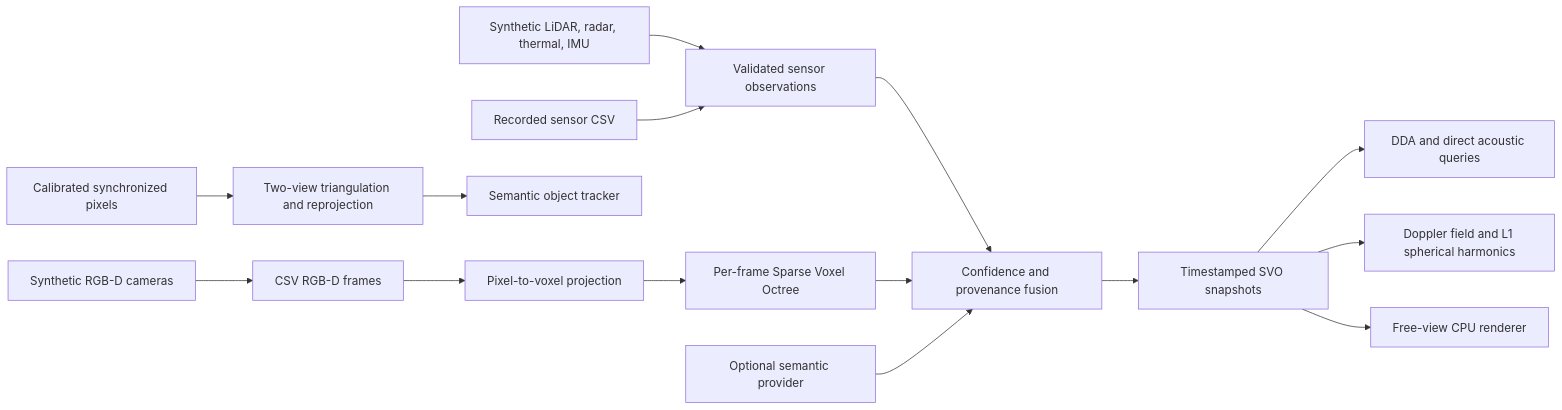
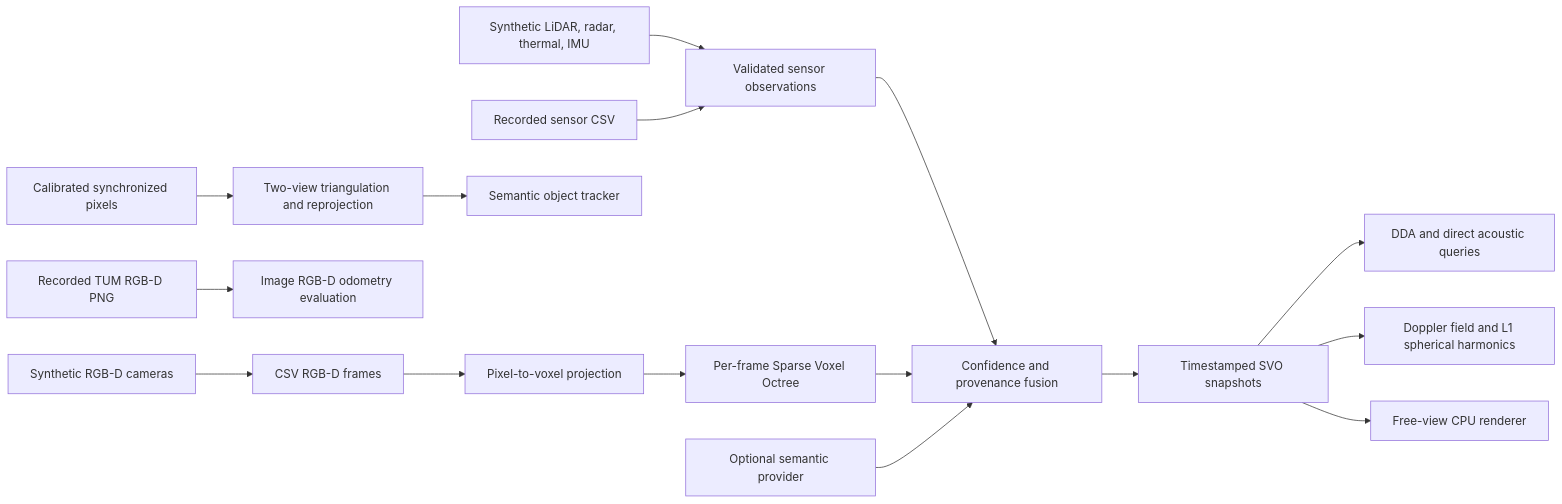
Before and after one commit to gusinistro/voxel4d: the diagram in README.md, drawn with Mermaid. The commit also changed other lines of this file and 14 other files, not shown here.

Commit message:
feat: validate RGB-D odometry on TUM dataset

````diff
--- a/README.md
+++ b/README.md
@@ -110,17 +126,18 @@
 ```mermaid
 flowchart LR
     A[Synthetic RGB-D cameras] --> B[CSV RGB-D frames]
     B --> C[Pixel-to-voxel projection]
+    Q[Recorded TUM RGB-D PNG] --> R[Image RGB-D odometry evaluation]
     C --> D[Per-frame Sparse Voxel Octree]
     E[Synthetic LiDAR, radar, thermal, IMU] --> F[Validated sensor observations]
     F --> G[Confidence and provenance fusion]
     D --> G
     G --> H[Timestamped SVO snapshots]
     H --> I[DDA and direct acoustic queries]
     H --> J[Doppler field and L1 spherical harmonics]
     H --> M[Free-view CPU renderer]
     K[Calibrated synchronized pixels] --> L[Two-view triangulation and reprojection]
     L --> N[Semantic object tracker]
     O[Recorded sensor CSV] --> F
     P[Optional semantic provider] --> G
 ```
````
